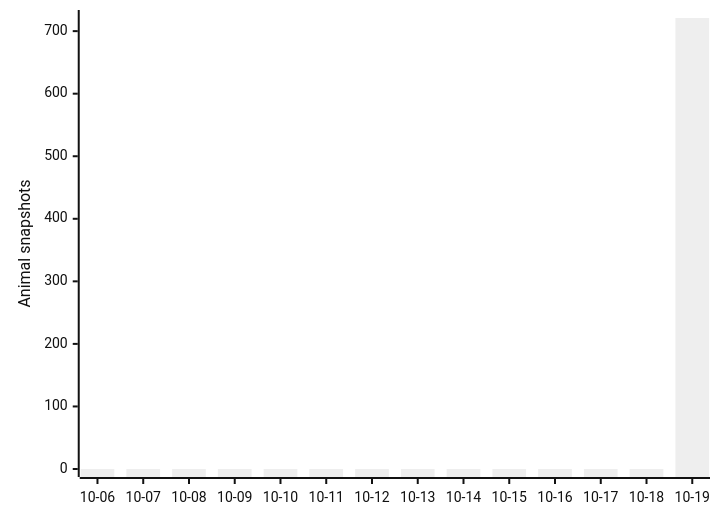
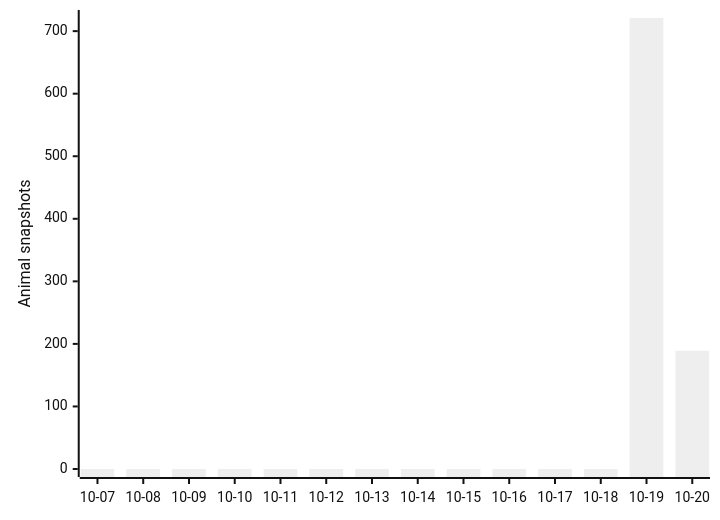
Before and after one commit to joshuafrommeyer-35/PierTracker: the first of 3 diagrams in README.md, drawn with Mermaid (neutral theme). The commit also changed other lines of this file and 7 other files, not shown here.

````diff
--- a/README.md
+++ b/README.md
@@ -134,6 +137,6 @@
 ```mermaid
 xychart-beta
-    x-axis ["10-06", "10-07", "10-08", "10-09", "10-10", "10-11", "10-12", "10-13", "10-14", "10-15", "10-16", "10-17", "10-18", "10-19"]
+    x-axis ["10-07", "10-08", "10-09", "10-10", "10-11", "10-12", "10-13", "10-14", "10-15", "10-16", "10-17", "10-18", "10-19", "10-20"]
     y-axis "Animal snapshots"
-    bar [0, 0, 0, 0, 0, 0, 0, 0, 0, 0, 0, 0, 0, 721]
+    bar [0, 0, 0, 0, 0, 0, 0, 0, 0, 0, 0, 0, 721, 189]
 ```
````
